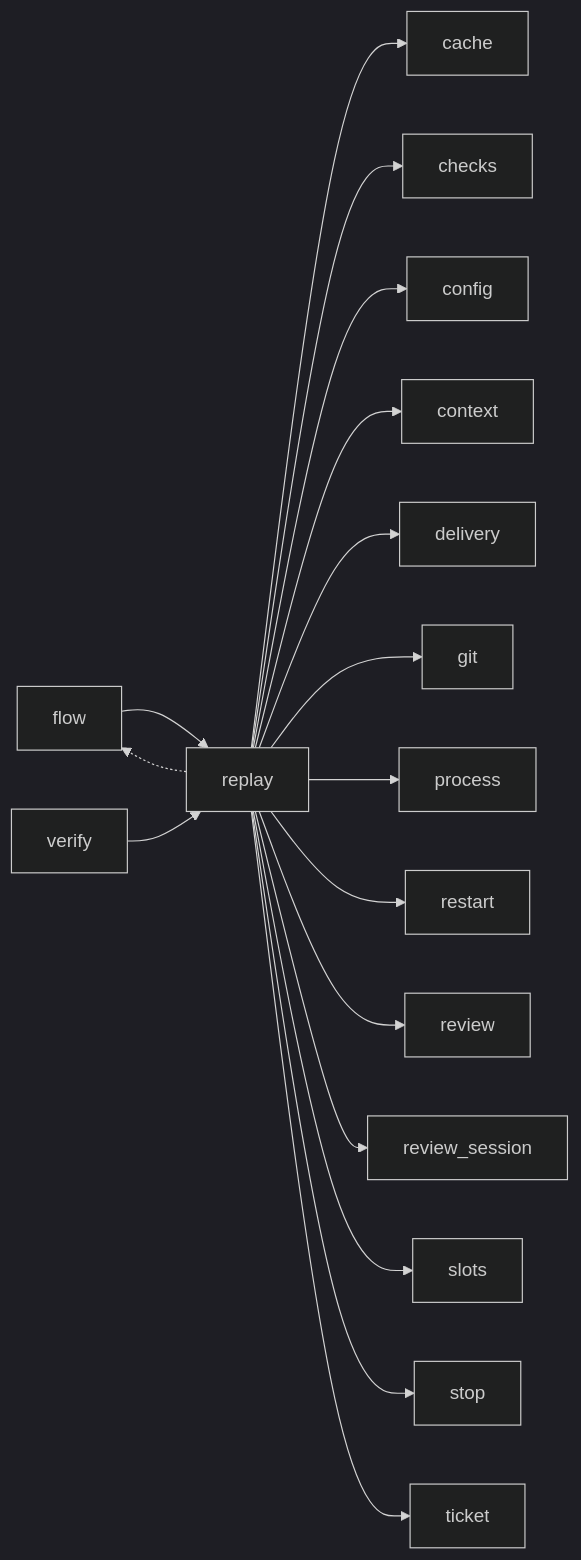
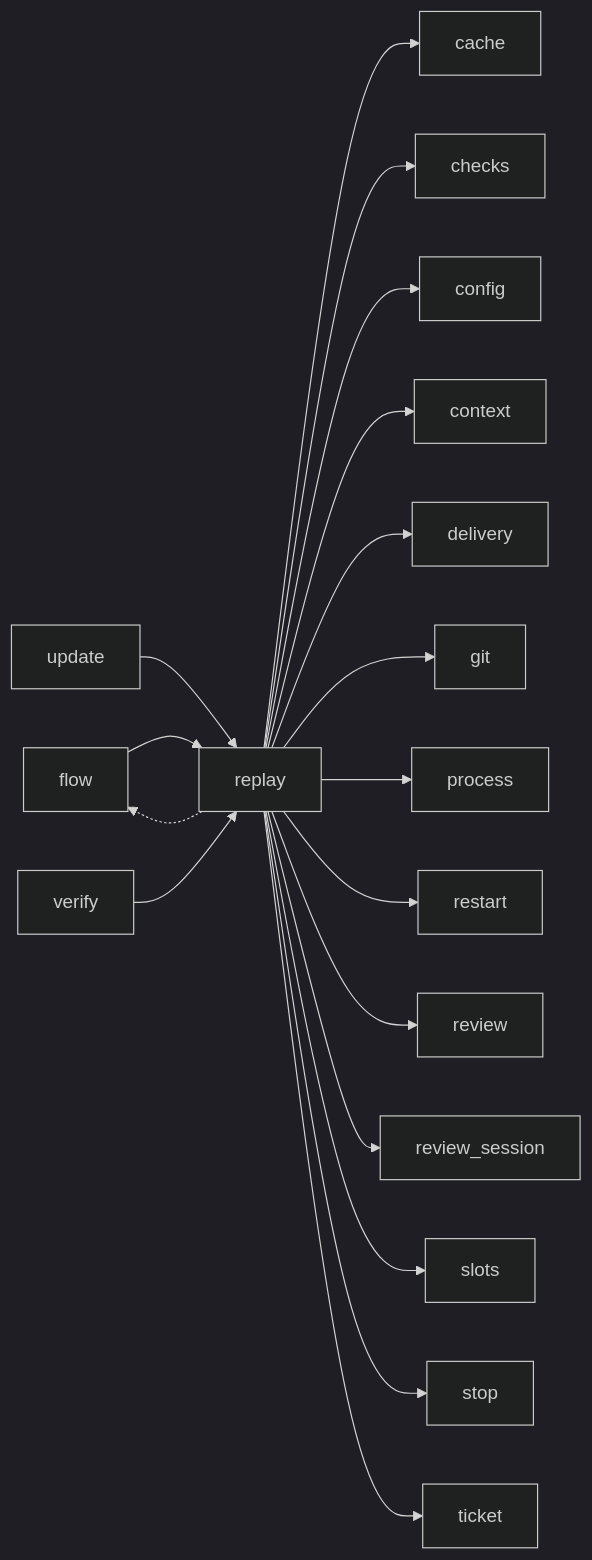
Before and after one commit to plaplanche/ariane: the third of 3 diagrams in docs/architecture/modules/replay.md, drawn with Mermaid (dark theme). The commit also changed 33 other files, not shown here.

````diff
--- a/docs/architecture/modules/replay.md
+++ b/docs/architecture/modules/replay.md
@@ -86,19 +86,20 @@
 ```mermaid
 flowchart LR
   flow --> replay
   replay --> cache
   replay --> checks
   replay --> config
   replay --> context
   replay --> delivery
   replay -.-> flow
   replay --> git
   replay --> process
   replay --> restart
   replay --> review
   replay --> review_session
   replay --> slots
   replay --> stop
   replay --> ticket
+  update --> replay
   verify --> replay
 ```
````
